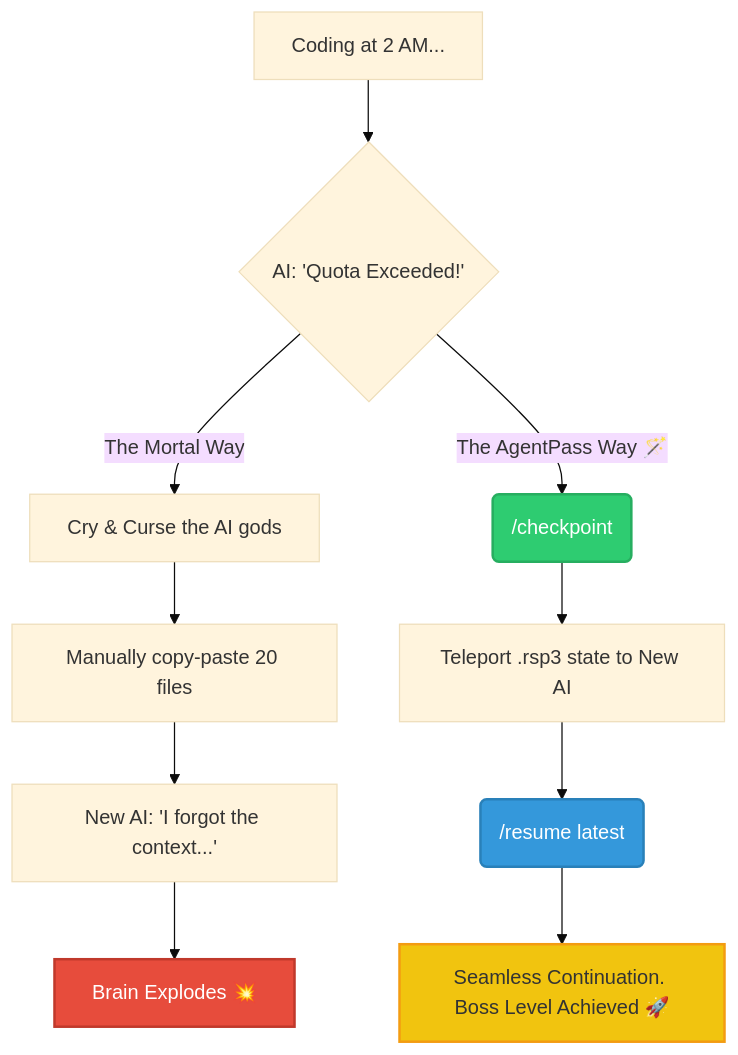
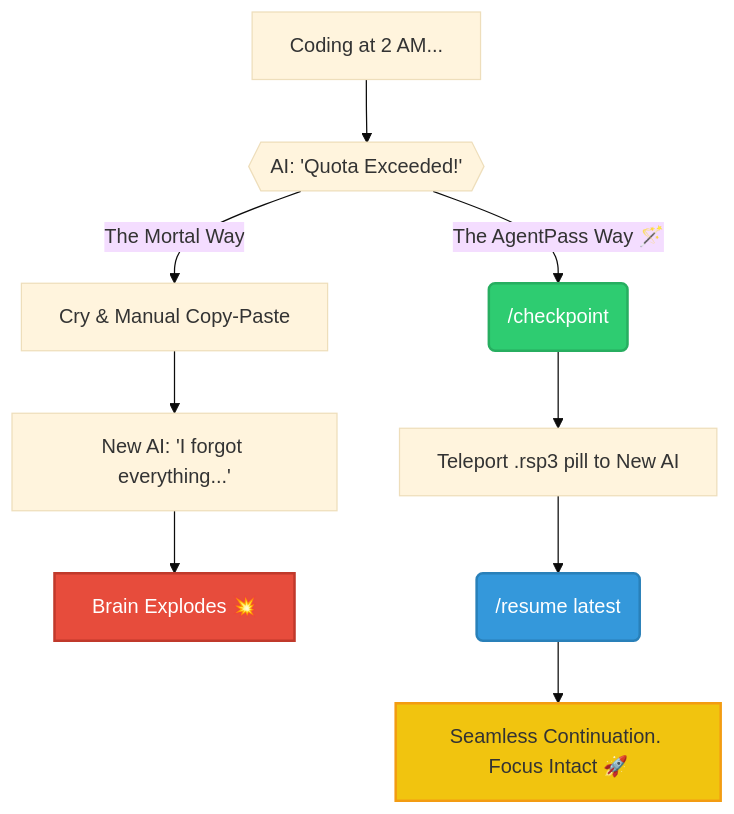
The diagram in README.md (lawful-meow/AgentPass), drawn with Mermaid (base theme) before and after one commit. The commit also changed other lines of this file, not shown here.

````diff
--- a/README.md
+++ b/README.md
@@ -19,19 +30,18 @@
 ```mermaid
 graph TD
-    A[Coding at 2 AM...] --> B{AI: 'Quota Exceeded!'}
+    A[Coding at 2 AM...] --> B{{AI: 'Quota Exceeded!'}}
     
-    B -- The Mortal Way --> C[Cry & Curse the AI gods]
-    C --> D[Manually copy-paste 20 files]
-    D --> E[New AI: 'I forgot the context...']
-    E --> F[Brain Explodes 💥]
+    B -- The Mortal Way --> C[Cry & Manual Copy-Paste]
+    C --> D[New AI: 'I forgot everything...']
+    D --> E[Brain Explodes 💥]
 
     B -- The AgentPass Way 🪄 --> G("/checkpoint")
-    G --> H[Teleport .rsp3 state to New AI]
+    G --> H[Teleport .rsp3 pill to New AI]
     H --> I("/resume latest")
-    I --> J[Seamless Continuation. Boss Level Achieved 🚀]
+    I --> J[Seamless Continuation. Focus Intact 🚀]
     
     style G fill:#2ecc71,stroke:#27ae60,stroke-width:2px,color:#fff
     style I fill:#3498db,stroke:#2980b9,stroke-width:2px,color:#fff
     style J fill:#f1c40f,stroke:#f39c12,stroke-width:2px,color:#333
-    style F fill:#e74c3c,stroke:#c0392b,stroke-width:2px,color:#fff
+    style E fill:#e74c3c,stroke:#c0392b,stroke-width:2px,color:#fff
 ```
````
